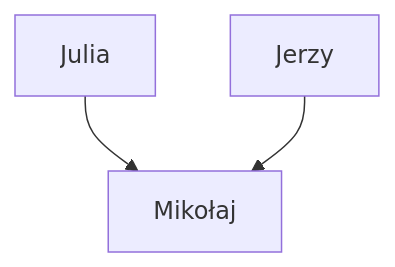
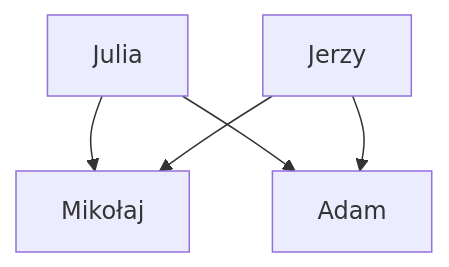
The diagram in index.md (rotnicki/Dzida), drawn with Mermaid before and after one commit.

````diff
--- a/index.md
+++ b/index.md
@@ -10,5 +10,7 @@
 ```mermaid
 graph TD;
     Julia-->Mikołaj;
     Jerzy-->Mikołaj;
+    Julia-->Adam;
+    Jerzy-->Adam;
 ```
````
